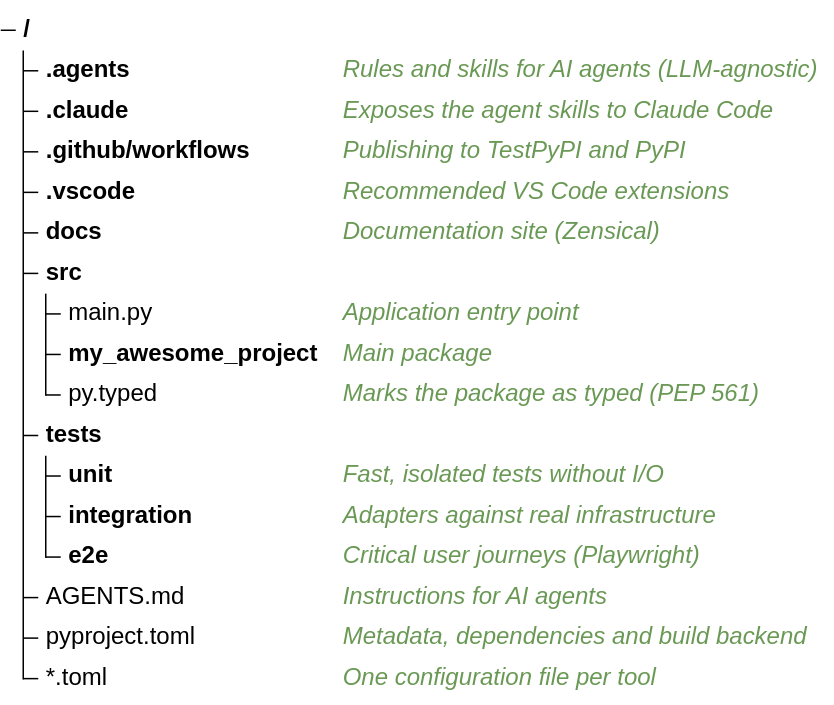
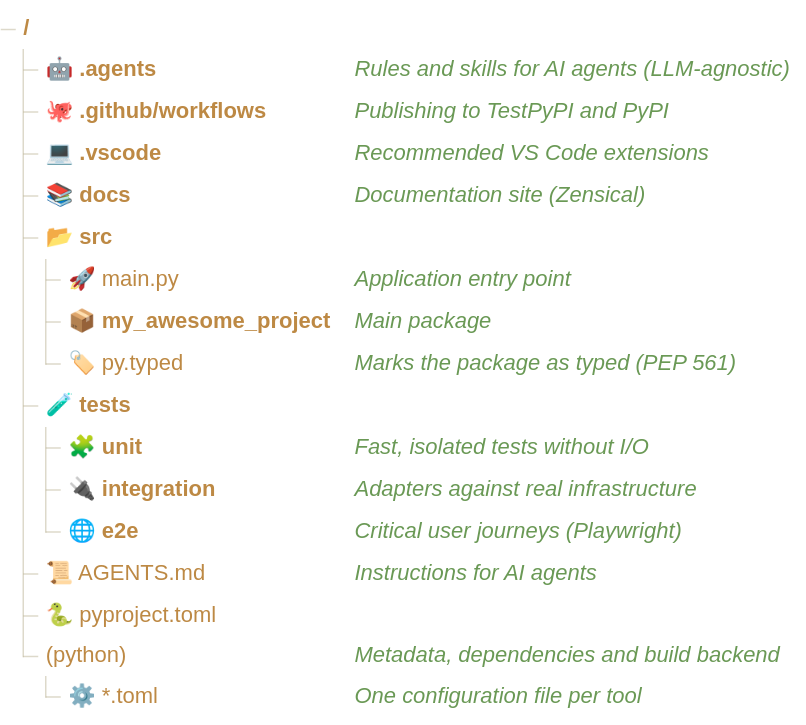
Before and after one commit to rodrigo-cl-porto/python-project-template: the diagram in README.md, drawn with Mermaid. The commit also changed 1 other file, not shown here.

Commit message:
chore: refine repo diagram and extensions
Style the README repository tree with themed labels and icons, and remove the Tailwind CSS extension recommendation.

````diff
--- a/README.md
+++ b/README.md
@@ -177,19 +177,27 @@
 ```mermaid
+---
+config:
+  themeVariables:
+    treeView:
+      labelFontSize: '11pt'
+      labelColor: '#bd8944'
+      lineColor: '#afa5816b'
+---
 treeView-beta
-  .agents/ ## Rules and skills for AI agents (LLM-agnostic)
-  .claude/ ## Exposes the agent skills to Claude Code
-  .github/workflows/ ## Publishing to TestPyPI and PyPI
-  .vscode/ ## Recommended VS Code extensions
-  docs/ ## Documentation site (Zensical)
-  src/
-    main.py ## Application entry point
-    my_awesome_project/ ## Main package
-    py.typed ## Marks the package as typed (PEP 561)
-  tests/
-    unit/ ## Fast, isolated tests without I/O
-    integration/ ## Adapters against real infrastructure
-    e2e/ ## Critical user journeys (Playwright)
-  AGENTS.md ## Instructions for AI agents
-  pyproject.toml ## Metadata, dependencies and build backend
-  *.toml ## One configuration file per tool
+  🤖 .agents/ ## Rules and skills for AI agents (LLM-agnostic)
+  🐙 .github/workflows/ ## Publishing to TestPyPI and PyPI
+  💻 .vscode/ ## Recommended VS Code extensions
+  📚 docs/ ## Documentation site (Zensical)
+  📂 src/
+    🚀 main.py ## Application entry point
+    📦 my_awesome_project/ ## Main package
+    🏷️ py.typed ## Marks the package as typed (PEP 561)
+  🧪 tests/
+    🧩 unit/ ## Fast, isolated tests without I/O
+    🔌 integration/ ## Adapters against real infrastructure
+    🌐 e2e/ ## Critical user journeys (Playwright)
+  📜 AGENTS.md ## Instructions for AI agents
+  🐍 pyproject.toml :::logos(python) ## Metadata, dependencies and build backend
+  ⚙️ *.toml ## One configuration file per tool
+
 ```
````
